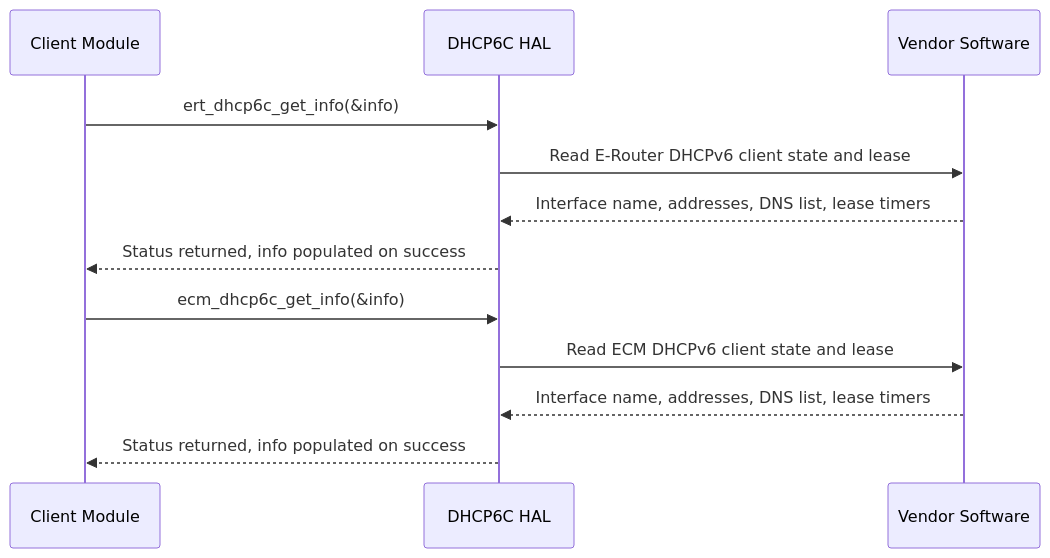
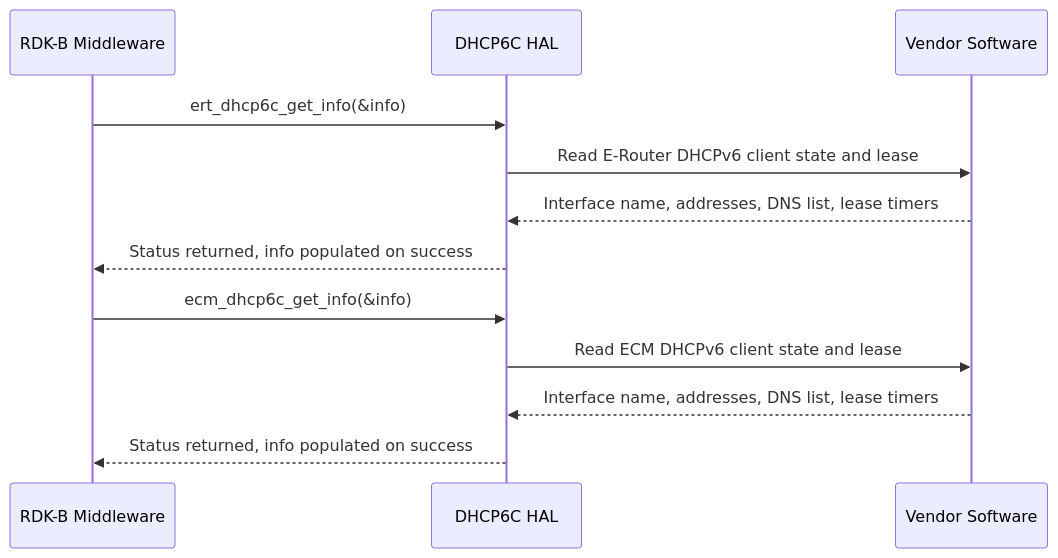
The second of 2 diagrams in docs/pages/halSpec.md (Blitzy-Sky/rdkb-halif-dhcp6c), drawn with Mermaid before and after one commit. The commit also changed other lines of this file, not shown here.

First line of the commit message:
docs: simplify the DHCP6C_HAL specification

````diff
--- a/docs/pages/halSpec.md
+++ b/docs/pages/halSpec.md
@@ -382,14 +288,14 @@
 ```mermaid
 sequenceDiagram
-    participant Cli as Client Module
+    participant Caller as RDK-B Middleware
     participant HAL as DHCP6C HAL
     participant Vendor as Vendor Software
-    Cli->>HAL: ert_dhcp6c_get_info(&info)
+    Caller->>HAL: ert_dhcp6c_get_info(&info)
     HAL->>Vendor: Read E-Router DHCPv6 client state and lease
     Vendor-->>HAL: Interface name, addresses, DNS list, lease timers
-    HAL-->>Cli: Status returned, info populated on success
-    Cli->>HAL: ecm_dhcp6c_get_info(&info)
+    HAL-->>Caller: Status returned, info populated on success
+    Caller->>HAL: ecm_dhcp6c_get_info(&info)
     HAL->>Vendor: Read ECM DHCPv6 client state and lease
     Vendor-->>HAL: Interface name, addresses, DNS list, lease timers
-    HAL-->>Cli: Status returned, info populated on success
+    HAL-->>Caller: Status returned, info populated on success
 ```
````
